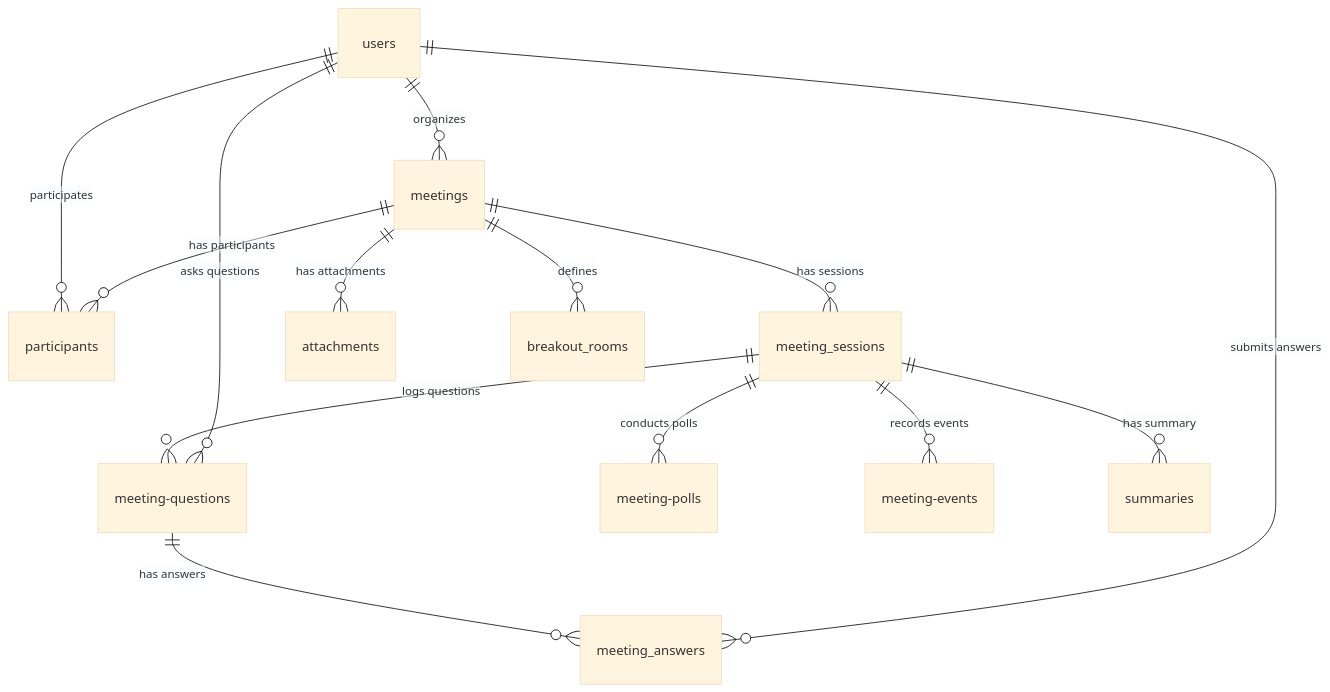
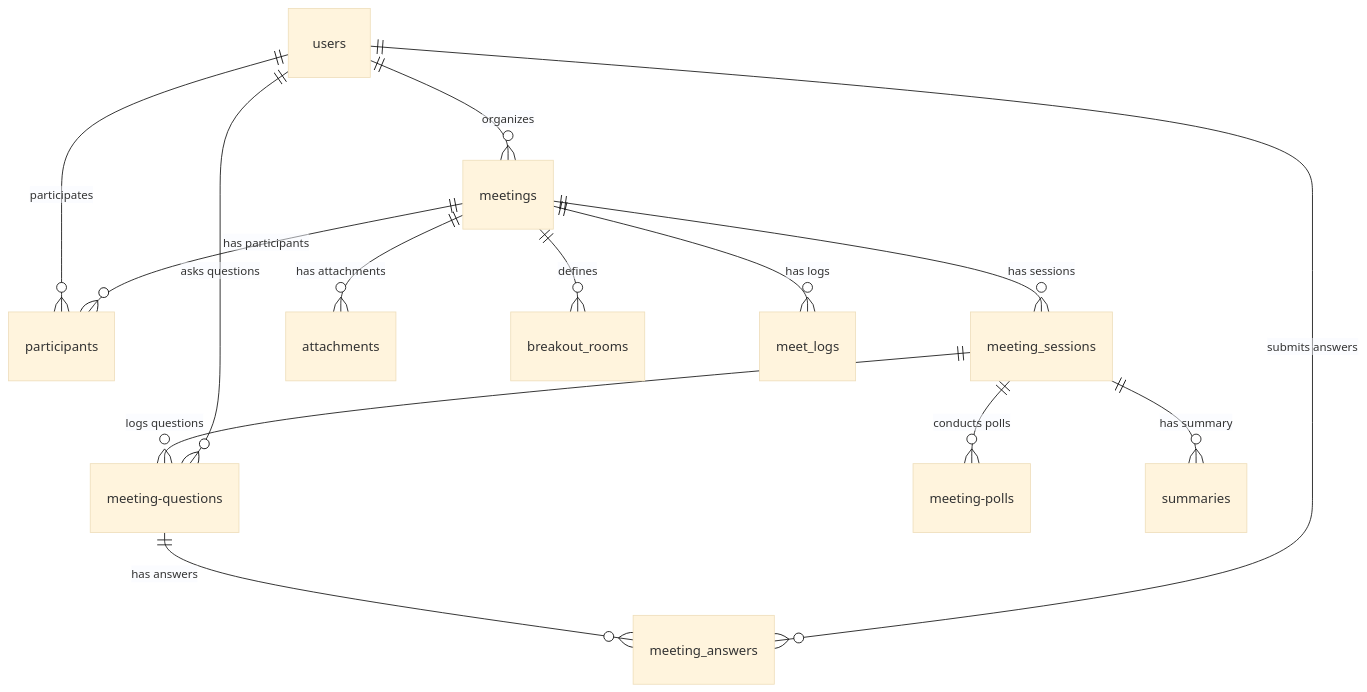
Before and after one commit to ToHuyTheAnh0101/meetmind: the diagram in docs/PROGRESS.md, drawn with Mermaid (base theme). The commit also changed other lines of this file and 37 other files, not shown here.

````diff
--- a/docs/PROGRESS.md
+++ b/docs/PROGRESS.md
@@ -31,16 +31,16 @@
 ```mermaid
 erDiagram
     users ||--o{ meetings : "organizes"
     users ||--o{ participants : "participates"
     meetings ||--o{ meeting_sessions : "has sessions"
     meetings ||--o{ participants : "has participants"
     meetings ||--o{ attachments : "has attachments"
     meetings ||--o{ breakout_rooms : "defines"
     meeting_sessions ||--o{ meeting-questions : "logs questions"
     meeting_sessions ||--o{ meeting-polls : "conducts polls"
-    meeting_sessions ||--o{ meeting-events : "records events"
+    meetings ||--o{ meet_logs : "has logs"
     meeting_sessions ||--o{ summaries : "has summary"
     meeting-questions ||--o{ meeting_answers : "has answers"
     users ||--o{ meeting_answers : "submits answers"
     users ||--o{ meeting-questions : "asks questions"
 ```
````
